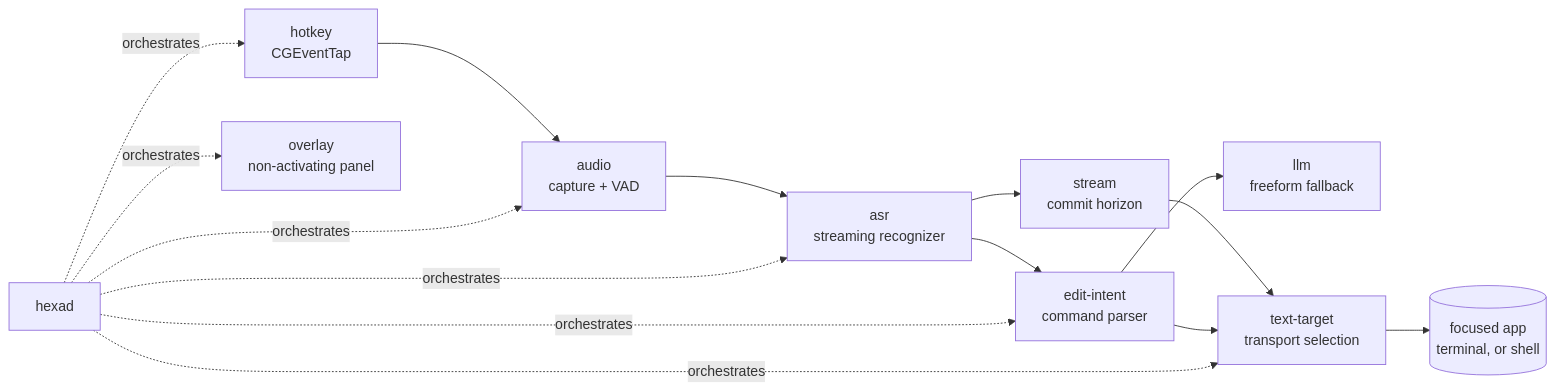
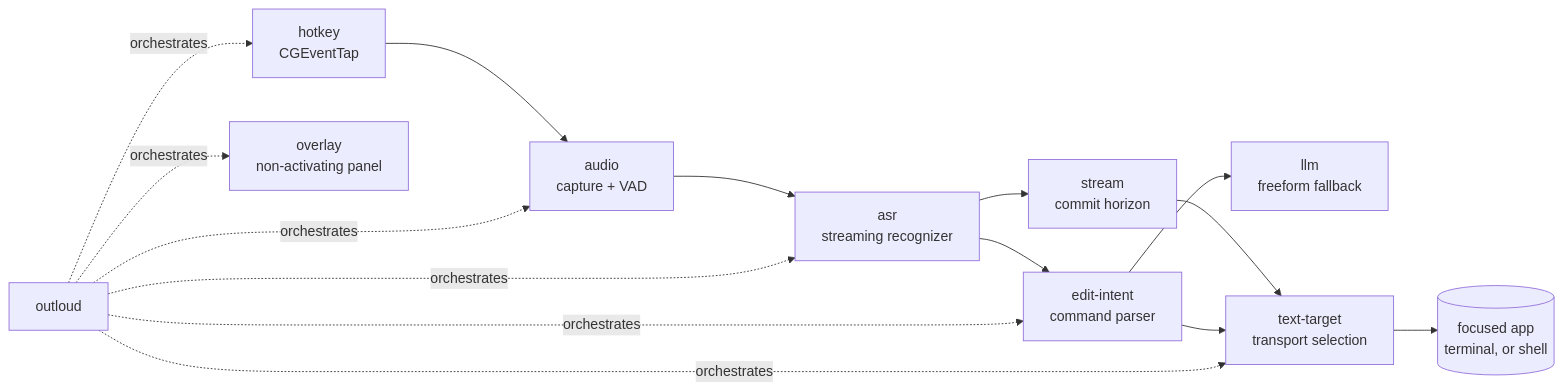
One commit to blarer/outloud changed the third of 3 diagrams in README.md. Above: the diagram before and after it, drawn with Mermaid. The commit also changed other lines of this file and 3 other files, not shown here.

````diff
--- a/README.md
+++ b/README.md
@@ -263,13 +337,13 @@
 ```mermaid
 flowchart LR
     HK[hotkey<br/>CGEventTap] --> AU[audio<br/>capture + VAD]
     AU --> ASR[asr<br/>streaming recognizer]
     ASR --> ST[stream<br/>commit horizon]
     ASR --> EI[edit-intent<br/>command parser]
     EI --> LLM[llm<br/>freeform fallback]
     ST --> TT[text-target<br/>transport selection]
     EI --> TT
     TT --> OUT[(focused app<br/>terminal, or shell)]
-    AQ[hexad] -.orchestrates.-> HK & AU & ASR & EI & TT & OV
+    AQ[outloud] -.orchestrates.-> HK & AU & ASR & EI & TT & OV
     OV[overlay<br/>non-activating panel]
 ```
````
